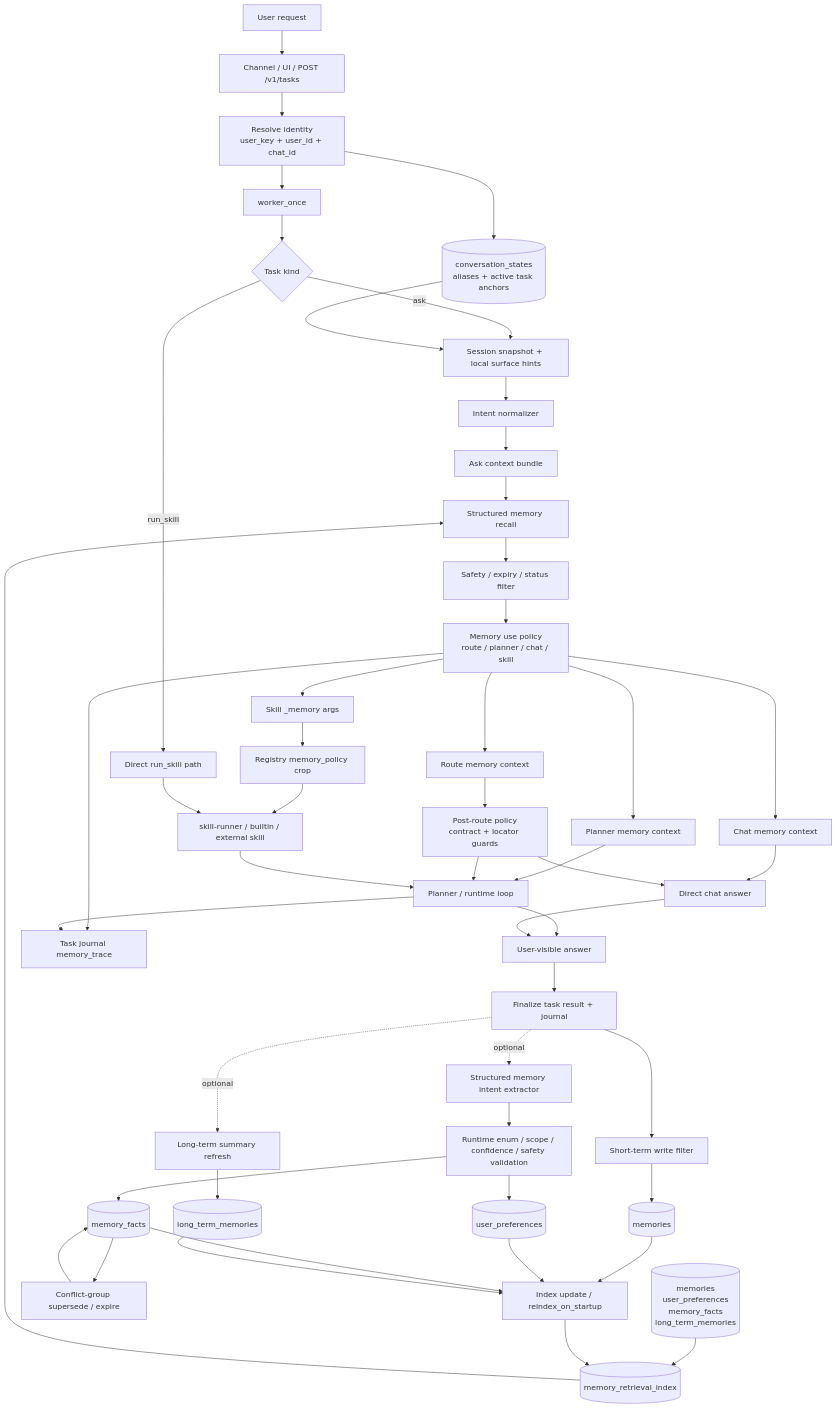
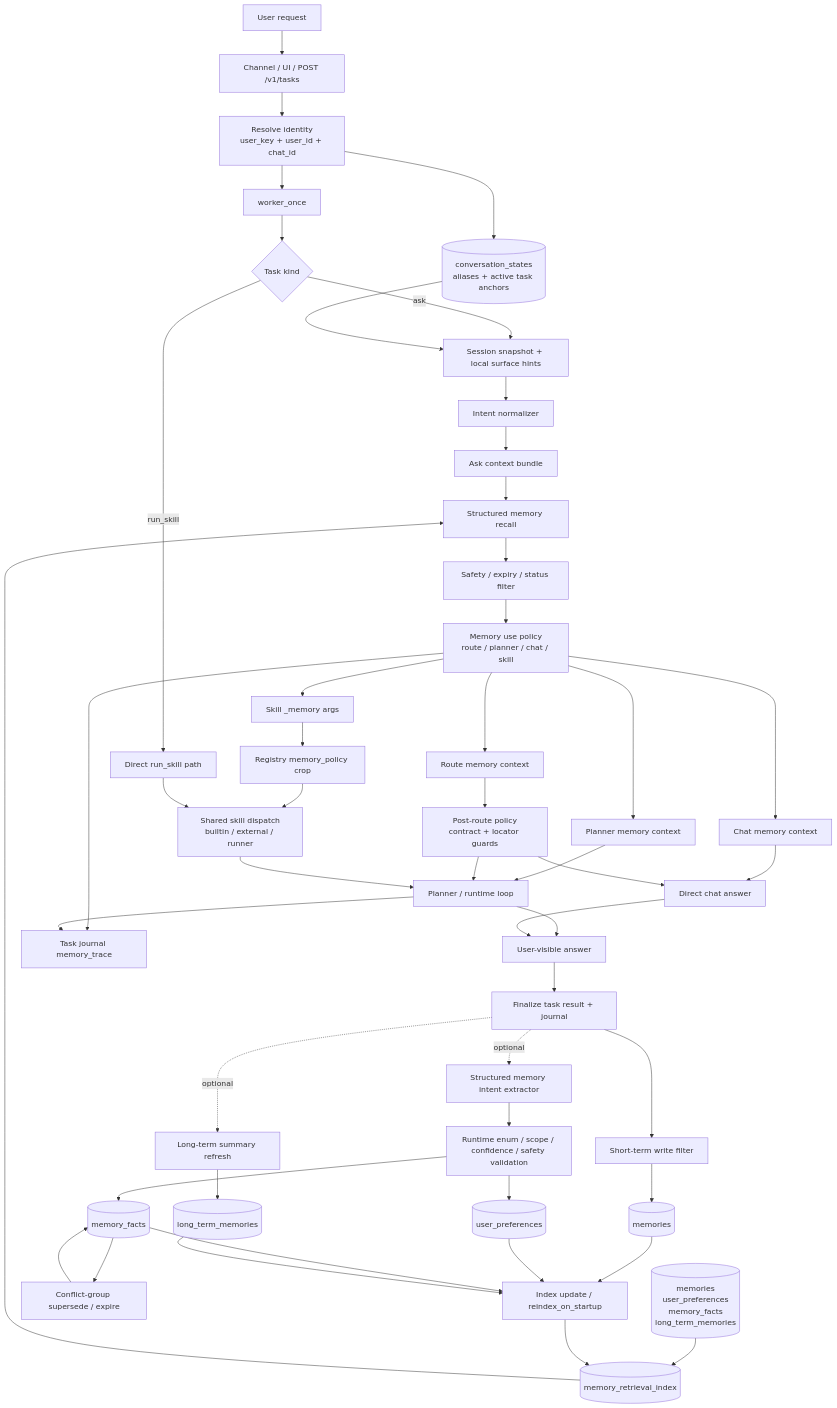
The third of 3 diagrams in README.md (MatrixCoreX/RustClaw), drawn with Mermaid before and after one commit. The commit also changed other lines of this file and 1 other file, not shown here.

Commit message:
update README architecture flow docs

````diff
--- a/README.md
+++ b/README.md
@@ -355,51 +357,51 @@
 ```mermaid
 flowchart TD
     User[User request] --> Ingress[Channel / UI / POST /v1/tasks]
     Ingress --> Identity[Resolve identity<br/>user_key + user_id + chat_id]
     Identity --> Session[(conversation_states<br/>aliases + active task anchors)]
     Identity --> Worker[worker_once]
     Worker --> Kind{Task kind}
     Kind -->|run_skill| DirectSkill[Direct run_skill path]
     Kind -->|ask| Snapshot[Session snapshot + local surface hints]
     Session --> Snapshot
     Snapshot --> Normalizer[Intent normalizer]
     Normalizer --> Bundle[Ask context bundle]
     Bundle --> Recall[Structured memory recall]
     Index[(memory_retrieval_index)] --> Recall
     Stores[(memories<br/>user_preferences<br/>memory_facts<br/>long_term_memories)] --> Index
     Recall --> Safety[Safety / expiry / status filter]
     Safety --> Policy[Memory use policy<br/>route / planner / chat / skill]
     Policy --> RouteCtx[Route memory context]
     Policy --> PlannerCtx[Planner memory context]
     Policy --> ChatCtx[Chat memory context]
     Policy --> SkillArgs[Skill _memory args]
     SkillArgs --> SkillPolicy[Registry memory_policy crop]
     RouteCtx --> PostRoute[Post-route policy<br/>contract + locator guards]
     PlannerCtx --> Runtime[Planner / runtime loop]
     ChatCtx --> Chat[Direct chat answer]
-    SkillPolicy --> SkillRuntime[skill-runner / builtin / external skill]
+    SkillPolicy --> SkillRuntime[Shared skill dispatch<br/>builtin / external / runner]
     PostRoute --> Runtime
     PostRoute --> Chat
     DirectSkill --> SkillRuntime
     SkillRuntime --> Runtime
     Runtime --> Visible[User-visible answer]
     Chat --> Visible
     Visible --> Finalize[Finalize task result + journal]
     Finalize --> RecentWrite[Short-term write filter]
     RecentWrite --> Memories[(memories)]
     Finalize -. optional .-> MemIntent[Structured memory intent extractor]
     MemIntent --> Validate[Runtime enum / scope / confidence / safety validation]
     Validate --> Prefs[(user_preferences)]
     Validate --> Facts[(memory_facts)]
     Finalize -. optional .-> Summary[Long-term summary refresh]
     Summary --> LongTerm[(long_term_memories)]
     Facts --> Conflict[Conflict-group supersede / expire]
     Conflict --> Facts
     Memories --> Reindex[Index update / reindex_on_startup]
     Prefs --> Reindex
     Facts --> Reindex
     LongTerm --> Reindex
     Reindex --> Index
     Policy --> Trace[Task journal memory_trace]
     Runtime --> Trace
 ```
````
